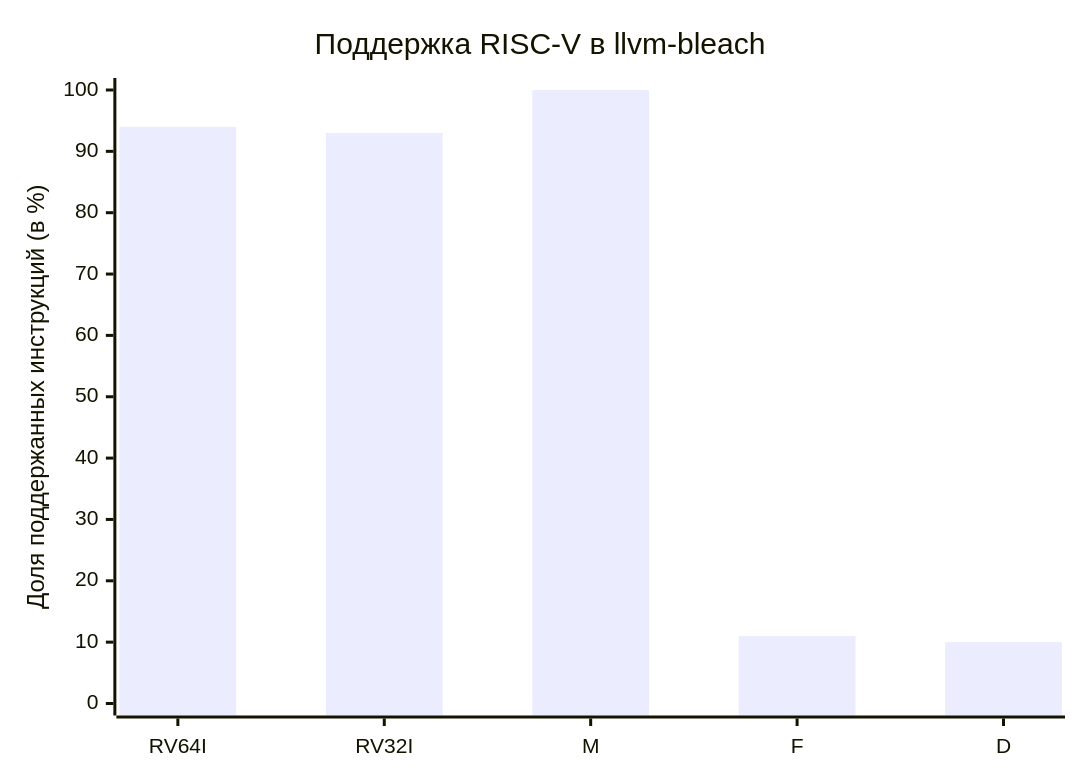
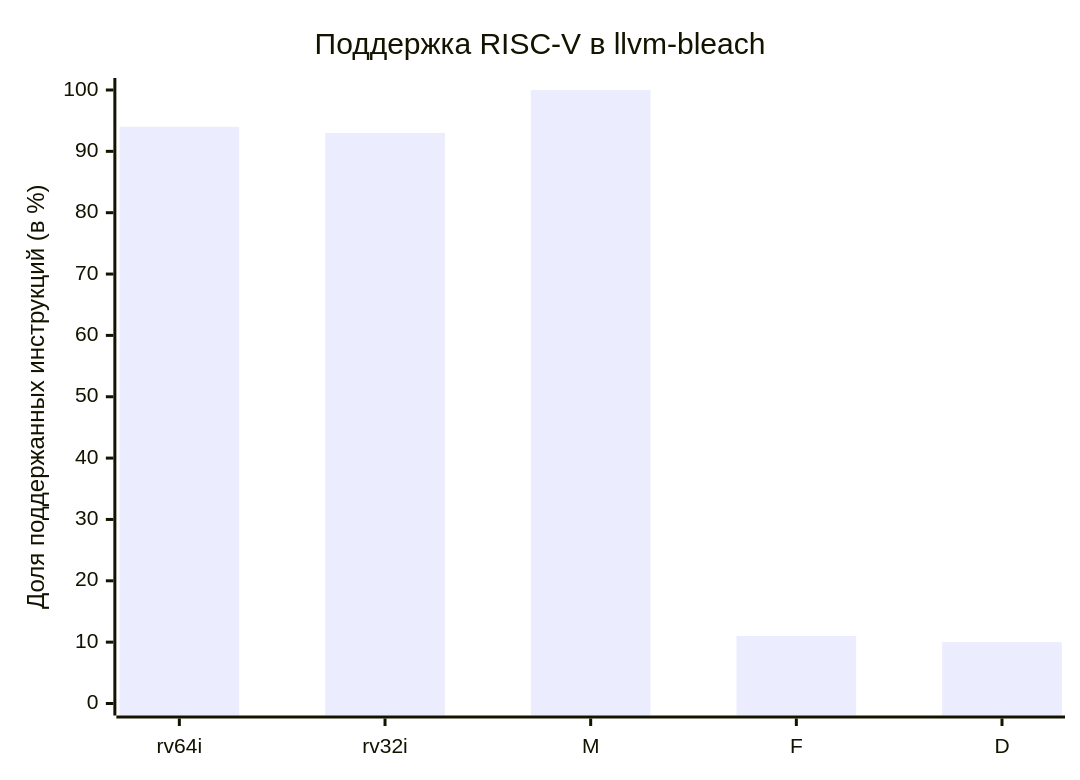
The third of 3 diagrams in thesis-slides.md (ajlekcahdp4/llvm-bleach-research), drawn with Mermaid before and after one commit. The commit also changed other lines of this file and 7 other files, not shown here.

````diff
--- a/thesis-slides.md
+++ b/thesis-slides.md
@@ -234,7 +272,7 @@
 ```mermaid +render
 xychart-beta
     title "Поддержка RISC-V в llvm-bleach"
-    x-axis [RV64I, RV32I, M, F, D]
+    x-axis [rv64i, rv32i, M, F, D]
     y-axis "Доля поддержанных инструкций (в %)" 0 --> 100
     bar [94, 93, 100, 11, 10]
 ```
````
